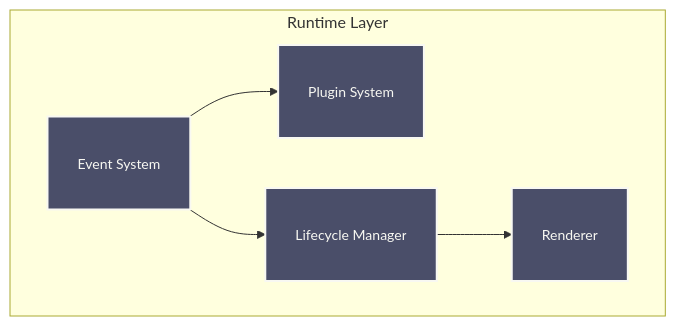
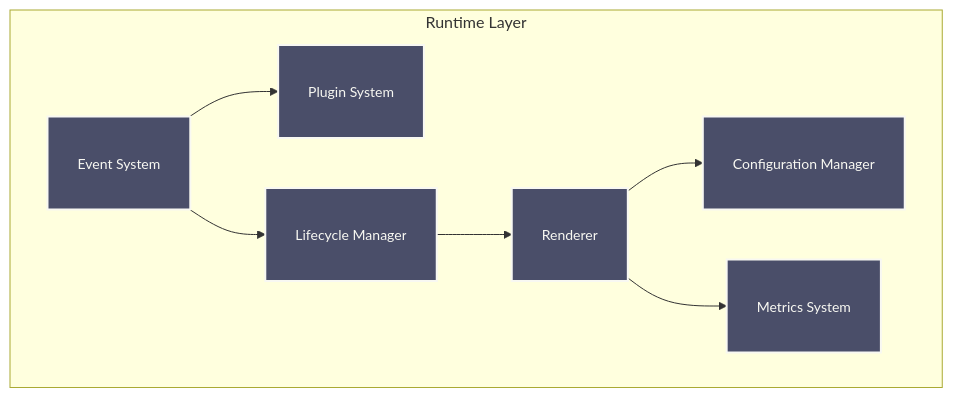
One commit to Hydepwns/raxol changed the fourth of 9 diagrams in docs/ARCHITECTURE.md. Above: the diagram before and after it, drawn with Mermaid. The commit also changed other lines of this file, not shown here.

First line of the commit message:
docs: update and synchronize root README and architecture documentation

````diff
--- a/docs/ARCHITECTURE.md
+++ b/docs/ARCHITECTURE.md
@@ -92,16 +122,20 @@
 ```mermaid
 graph TB
     subgraph Runtime["Runtime Layer"]
         Events[Event System]
         Plugins[Plugin System]
         Render[Renderer]
         Lifecycle[Lifecycle Manager]
+        Config[Configuration Manager]
+        Metrics[Metrics System]
     end
 
     Events --> Plugins
     Events --> Lifecycle
     Lifecycle --> Render
+    Render --> Config
+    Render --> Metrics
 
     classDef component fill:#4a4e69,stroke:#f8f8f2,stroke-width:2px,color:#f8f8f2,font-size:14px,padding:6px;
-    class Events,Plugins,Render,Lifecycle component;
+    class Events,Plugins,Render,Lifecycle,Config,Metrics component;
 ```
````
